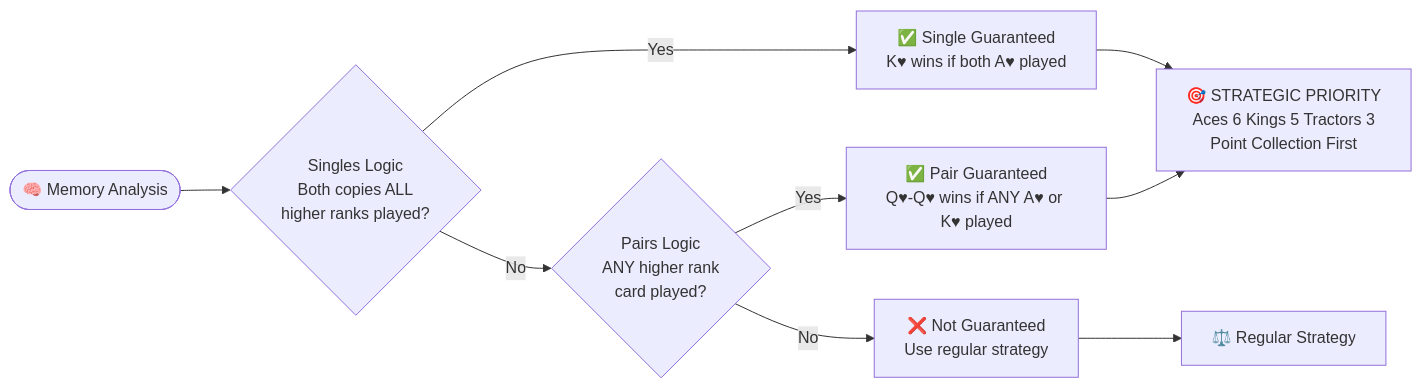
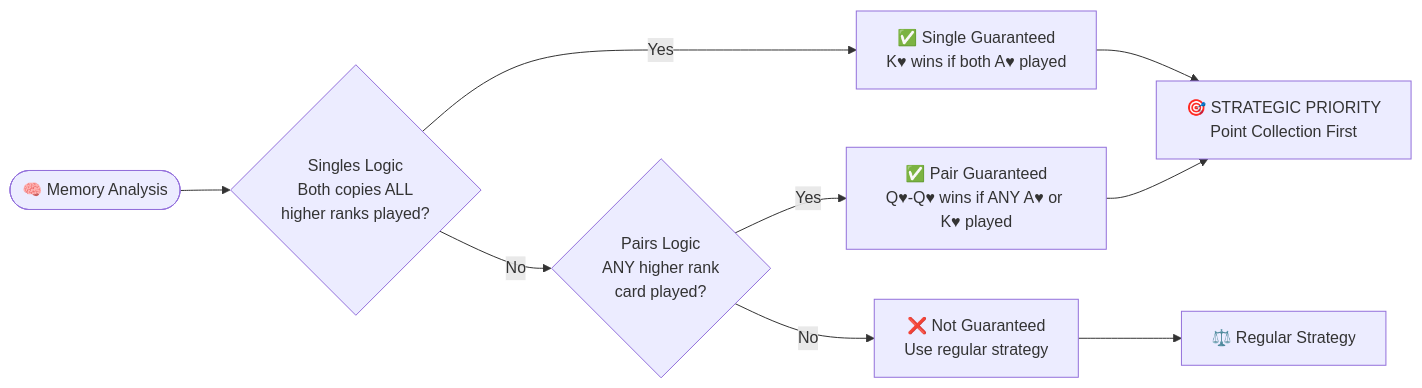
The second of 6 diagrams in docs/AI_SYSTEM.md (ejfn/Tractor), drawn with Mermaid before and after one commit. The commit also changed other lines of this file and 3 other files, not shown here.

````diff
--- a/docs/AI_SYSTEM.md
+++ b/docs/AI_SYSTEM.md
@@ -61,12 +63,12 @@
 ```mermaid
 flowchart LR
     Start([🧠 Memory Analysis]) --> Singles{Singles Logic<br/>Both copies ALL<br/>higher ranks played?}
     Singles -->|Yes| SingleWin[✅ Single Guaranteed<br/>K♥ wins if both A♥ played]
     Singles -->|No| Pairs{Pairs Logic<br/>ANY higher rank<br/>card played?}
     Pairs -->|Yes| PairWin[✅ Pair Guaranteed<br/>Q♥-Q♥ wins if ANY A♥ or K♥ played]
     Pairs -->|No| NotGuaranteed[❌ Not Guaranteed<br/>Use regular strategy]
     
-    SingleWin --> Priority[🎯 STRATEGIC PRIORITY<br/>Aces 6 Kings 5 Tractors 3<br/>Point Collection First]
+    SingleWin --> Priority[🎯 STRATEGIC PRIORITY<br/>Point Collection First]
     PairWin --> Priority
     NotGuaranteed --> Regular[⚖️ Regular Strategy]
 ```
````
